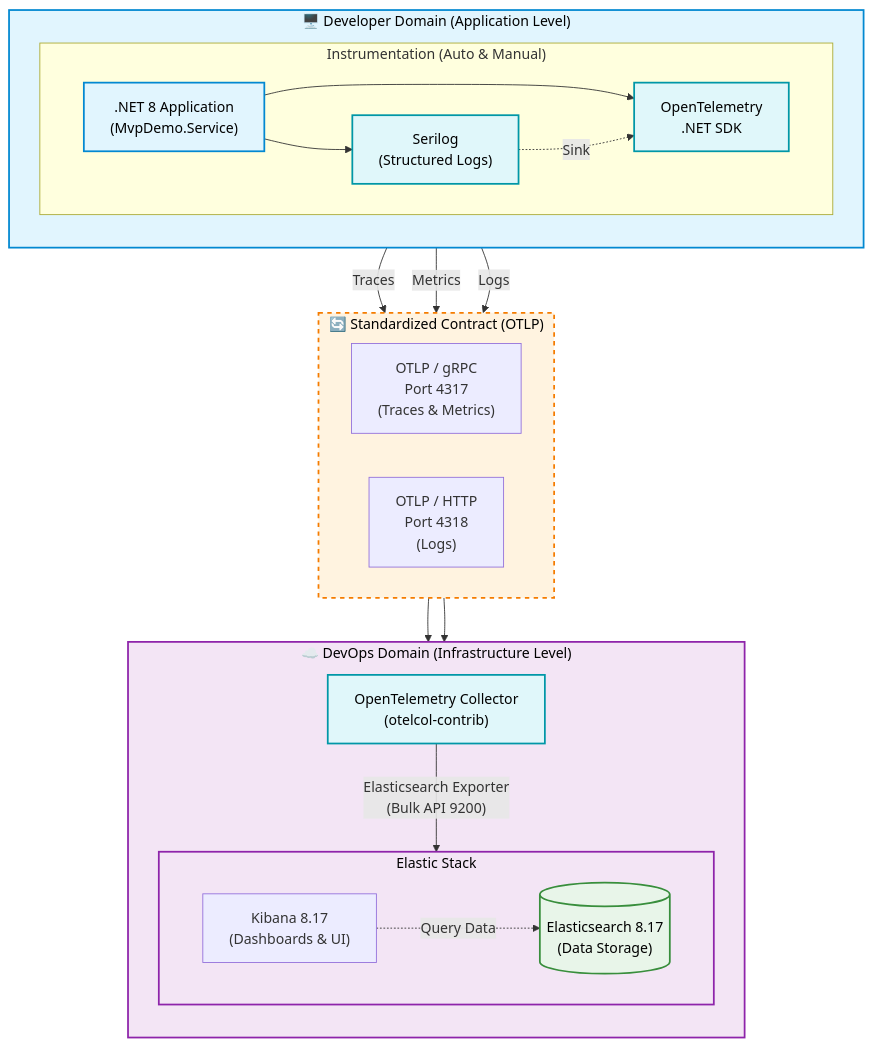
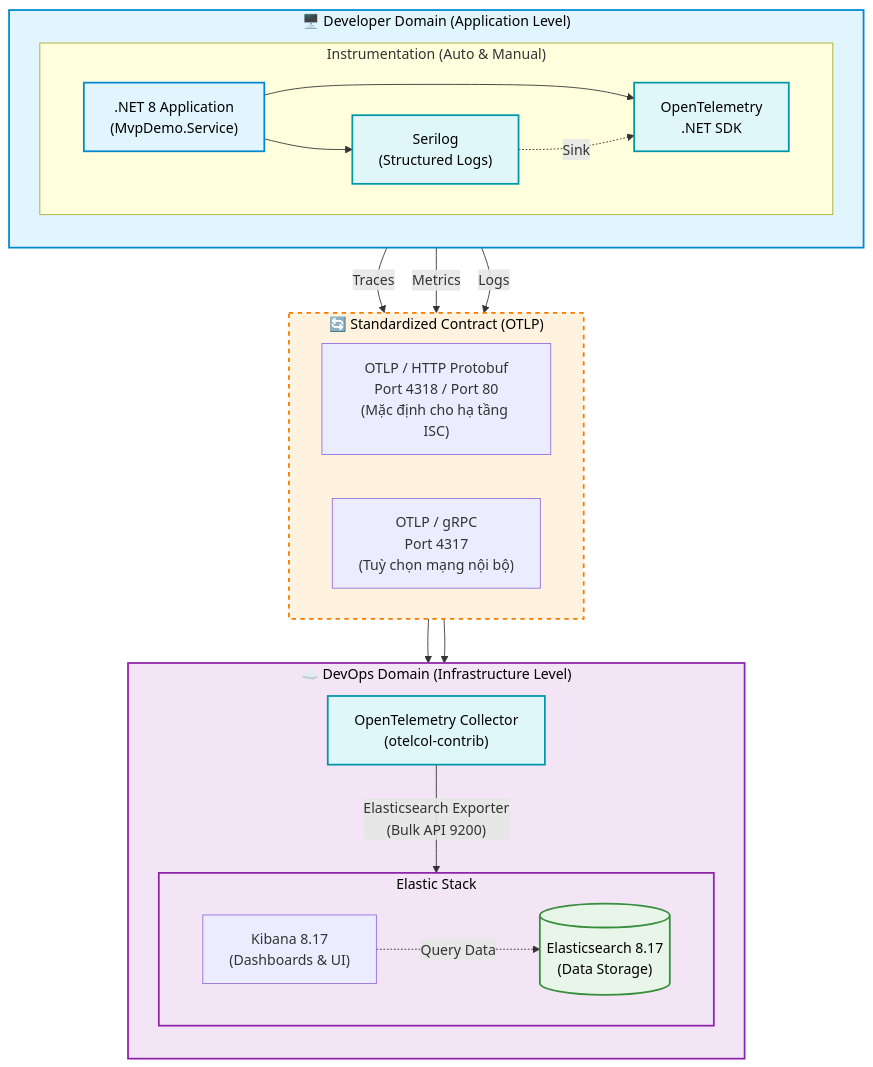
Before and after one commit to santete/observability-standard: the diagram in docs/architecture_standard.md, drawn with Mermaid. The commit also changed other lines of this file and 26 other files, not shown here.

````diff
--- a/docs/architecture_standard.md
+++ b/docs/architecture_standard.md
@@ -7,59 +7,59 @@
 ```mermaid
 flowchart TB
     subgraph Dev["🖥️ Developer Domain (Application Level)"]
         direction TB
         App[".NET 8 Application<br>(MvpDemo.Service)"]
         
         subgraph Instrumentation["Instrumentation (Auto & Manual)"]
             direction LR
             Serilog["Serilog<br>(Structured Logs)"]
             OTelSDK["OpenTelemetry<br>.NET SDK"]
             
             App --> Serilog
             App --> OTelSDK
             Serilog -. "Sink" .-> OTelSDK
         end
     end
 
     subgraph Interface["🔄 Standardized Contract (OTLP)"]
         direction LR
-        gRPC["OTLP / gRPC<br>Port 4317<br>(Traces & Metrics)"]
-        HTTP["OTLP / HTTP<br>Port 4318<br>(Logs)"]
+        HTTP["OTLP / HTTP Protobuf<br>Port 4318 / Port 80<br>(Mặc định cho hạ tầng ISC)"]
+        gRPC["OTLP / gRPC<br>Port 4317<br>(Tuỳ chọn mạng nội bộ)"]
     end
 
     subgraph DevOps["☁️ DevOps Domain (Infrastructure Level)"]
         direction TB
         Collector["OpenTelemetry Collector<br>(otelcol-contrib)"]
         
         subgraph ElasticStack["Elastic Stack"]
             direction LR
             ES[("Elasticsearch 8.17<br>(Data Storage)")]
             Kibana["Kibana 8.17<br>(Dashboards & UI)"]
             
             Kibana -. "Query Data" .-> ES
         end
         
         Collector -- "Elasticsearch Exporter<br>(Bulk API 9200)" --> ES
     end
 
     %% Connections
     OTelSDK -- "Traces" --> gRPC
     OTelSDK -- "Metrics" --> gRPC
     OTelSDK -- "Logs" --> HTTP
 
     gRPC --> Collector
     HTTP --> Collector
 
     %% Styling
     classDef dev fill:#e1f5fe,stroke:#0288d1,stroke-width:2px,color:#000
     classDef infra fill:#f3e5f5,stroke:#8e24aa,stroke-width:2px,color:#000
     classDef interface fill:#fff3e0,stroke:#f57c00,stroke-width:2px,stroke-dasharray: 5 5,color:#000
     classDef db fill:#e8f5e9,stroke:#388e3c,stroke-width:2px,color:#000
     classDef otel fill:#e0f7fa,stroke:#0097a7,stroke-width:2px,color:#000
 
     class Dev,App dev
     class DevOps,ElasticStack infra
     class Interface interface
     class ES db
     class Collector,OTelSDK,Serilog otel
 ```
````
